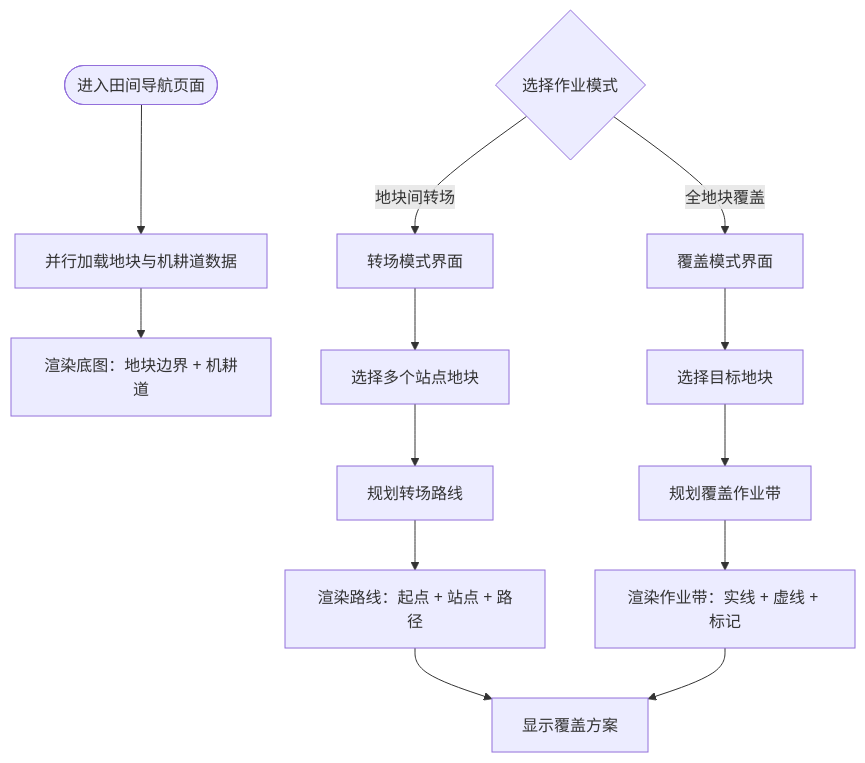
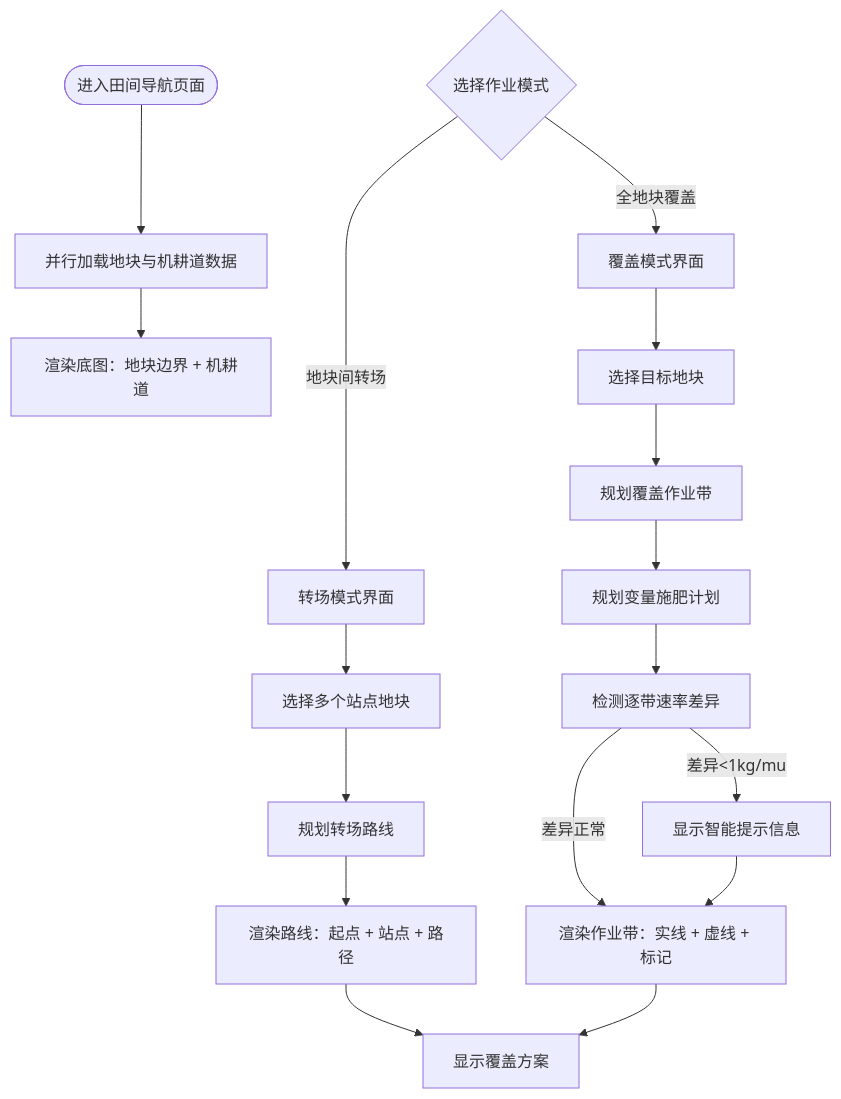
The fifth of 10 diagrams in .qoder/repowiki/zh/content/前端应用文档/核心页面/核心页面.md (q446328246/agri-platform), drawn with Mermaid before and after one commit. The commit also changed other lines of this file and 47 other files, not shown here.

````diff
--- a/.qoder/repowiki/zh/content/前端应用文档/核心页面/核心页面.md
+++ b/.qoder/repowiki/zh/content/前端应用文档/核心页面/核心页面.md
@@ -272,16 +283,20 @@
 ```mermaid
 flowchart TD
 Start(["进入田间导航页面"]) --> LoadData["并行加载地块与机耕道数据"]
 LoadData --> RenderBase["渲染底图：地块边界 + 机耕道"]
 ModeSelect{"选择作业模式"}
 ModeSelect --> |地块间转场| TransferMode["转场模式界面"]
 ModeSelect --> |全地块覆盖| CoverageMode["覆盖模式界面"]
 TransferMode --> SelectStations["选择多个站点地块"]
 CoverageMode --> SelectTarget["选择目标地块"]
 SelectStations --> PlanRoute["规划转场路线"]
 SelectTarget --> PlanCoverage["规划覆盖作业带"]
 PlanRoute --> RenderRoute["渲染路线：起点 + 站点 + 路径"]
-PlanCoverage --> RenderCoverage["渲染作业带：实线 + 虚线 + 标记"]
+PlanCoverage --> PlanVariableRate["规划变量施肥计划"]
+PlanVariableRate --> CheckRateDiff["检测逐带速率差异"]
+CheckRateDiff --> |差异<1kg/mu| ShowAlert["显示智能提示信息"]
+CheckRateDiff --> |差异正常| RenderCoverage["渲染作业带：实线 + 虚线 + 标记"]
 RenderRoute --> DisplayResults["显示路线明细"]
+ShowAlert --> RenderCoverage
 RenderCoverage --> DisplayResults["显示覆盖方案"]
 ```
````
